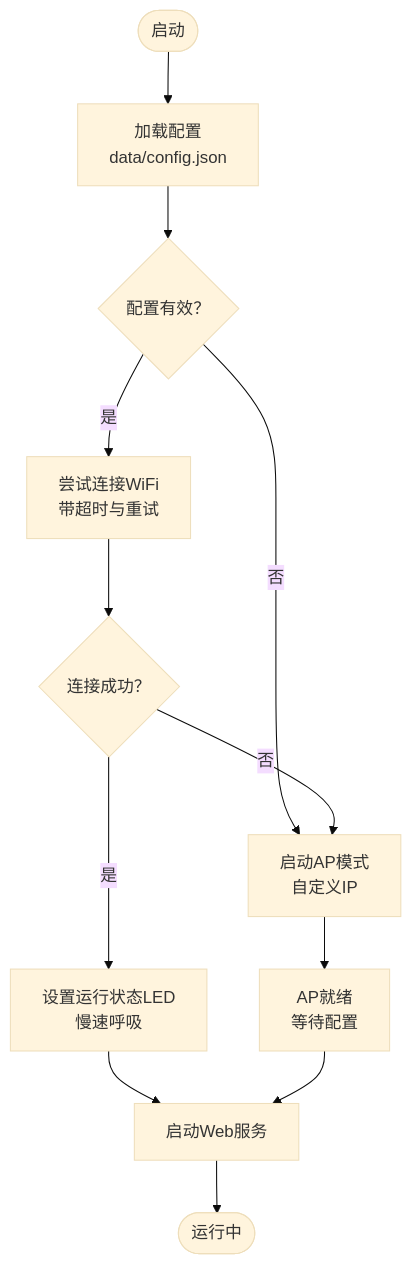
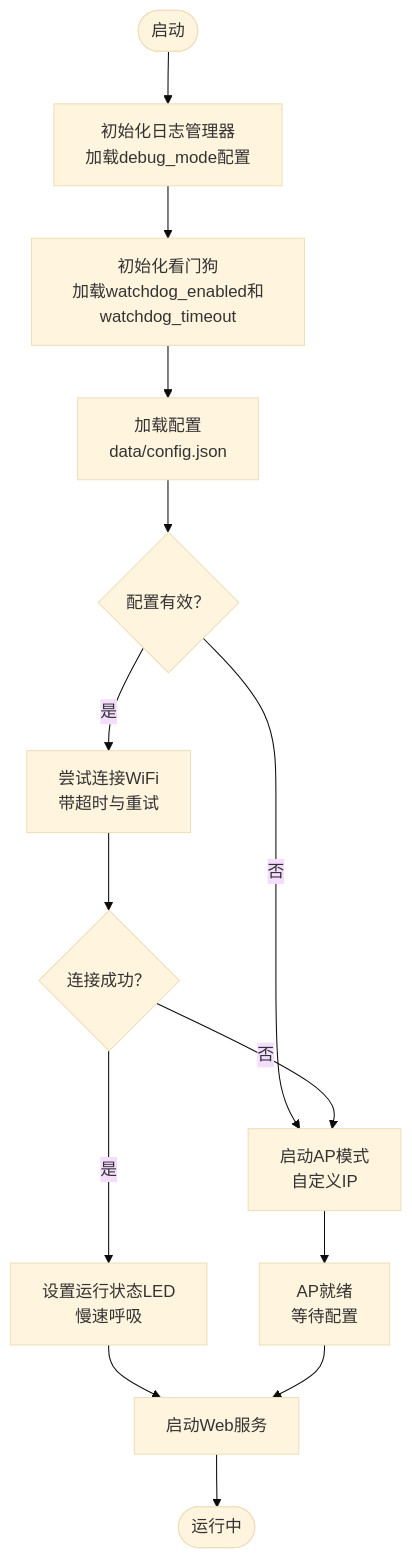
The third of 4 diagrams in .qoder/repowiki/zh/content/部署运维/部署运维.md (qq20739111/weilushishe-lishitai), drawn with Mermaid (base theme) before and after one commit. The commit also changed other lines of this file and 23 other files, not shown here.

````diff
--- a/.qoder/repowiki/zh/content/部署运维/部署运维.md
+++ b/.qoder/repowiki/zh/content/部署运维/部署运维.md
@@ -120,14 +154,16 @@
 ```mermaid
 flowchart TD
-Start(["启动"]) --> LoadCfg["加载配置<br/>data/config.json"]
+Start(["启动"]) --> InitLogger["初始化日志管理器<br/>加载debug_mode配置"]
+InitLogger --> InitWD["初始化看门狗<br/>加载watchdog_enabled和watchdog_timeout"]
+InitWD --> LoadCfg["加载配置<br/>data/config.json"]
 LoadCfg --> CheckCfg{"配置有效？"}
 CheckCfg --> |否| StartAP["启动AP模式<br/>自定义IP"]
 CheckCfg --> |是| TryConn["尝试连接WiFi<br/>带超时与重试"]
 TryConn --> ConnOK{"连接成功？"}
 ConnOK --> |是| RunMode["设置运行状态LED<br/>慢速呼吸"]
 ConnOK --> |否| StartAP
 StartAP --> APReady["AP就绪<br/>等待配置"]
 RunMode --> WebStart["启动Web服务"]
 APReady --> WebStart
 WebStart --> End(["运行中"])
 ```
````
